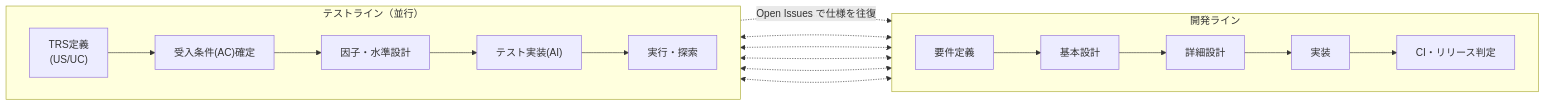
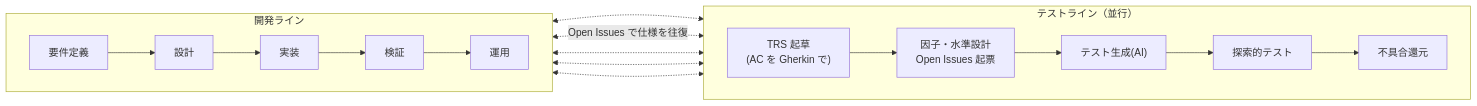
The first of 2 diagrams in docs/testing/01-test-policy.md (toshio-shiratori/harness-test-strategy), drawn with Mermaid before and after one commit. The commit also changed other lines of this file and 2 other files, not shown here.

````diff
--- a/docs/testing/01-test-policy.md
+++ b/docs/testing/01-test-policy.md
@@ -29,17 +29,16 @@
 ```mermaid
 flowchart LR
   subgraph DEV["開発ライン"]
     direction LR
-    D1["要件定義"] --> D2["基本設計"] --> D3["詳細設計"] --> D4["実装"] --> D5["CI・リリース判定"]
+    D1["要件定義"] --> D2["設計"] --> D3["実装"] --> D4["検証"] --> D5["運用"]
   end
   subgraph TEST["テストライン（並行）"]
     direction LR
-    T1["TRS定義<br/>(US/UC)"] --> T2["受入条件(AC)確定"] --> T3["因子・水準設計"] --> T4["テスト実装(AI)"] --> T5["実行・探索"]
+    T1["TRS 起草<br/>(AC を Gherkin で)"] --> T2["因子・水準設計<br/>Open Issues 起票"] --> T3["テスト生成(AI)"] --> T4["探索的テスト"] --> T5["不具合還元"]
   end
   D1 <-.-> T1
-  D2 <-.-> T2
+  D2 <-. "Open Issues で仕様を往復" .-> T2
   D3 <-.-> T3
   D4 <-.-> T4
   D5 <-.-> T5
-  T3 -. "Open Issues で仕様を往復" .-> D2
 ```
````
